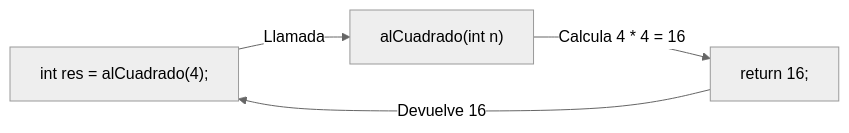
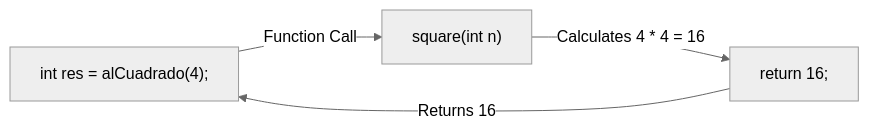
Before and after one commit to MiniLux0/LearningCpp: the diagram in 03_Subroutines/theory/L24_ReturnValues.md, drawn with Mermaid (neutral theme). The commit also changed 10 other files, not shown here.

Commit message:
Migrate complex memory Mermaid diagrams to Python generated SVGs

````diff
--- a/03_Subroutines/theory/L24_ReturnValues.md
+++ b/03_Subroutines/theory/L24_ReturnValues.md
@@ -30,6 +30,6 @@
 ```mermaid
 graph LR
-    Caller["int res = alCuadrado(4);"] -->|Llamada| Func["alCuadrado(int n)"]
-    Func -->|Calcula 4 * 4 = 16| Ret["return 16;"]
-    Ret -->|Devuelve 16| Caller
+    Caller["int res = alCuadrado(4);"] -->|Function Call| Func["square(int n)"]
+    Func -->|Calculates 4 * 4 = 16| Ret["return 16;"]
+    Ret -->|Returns 16| Caller
 ```
````
